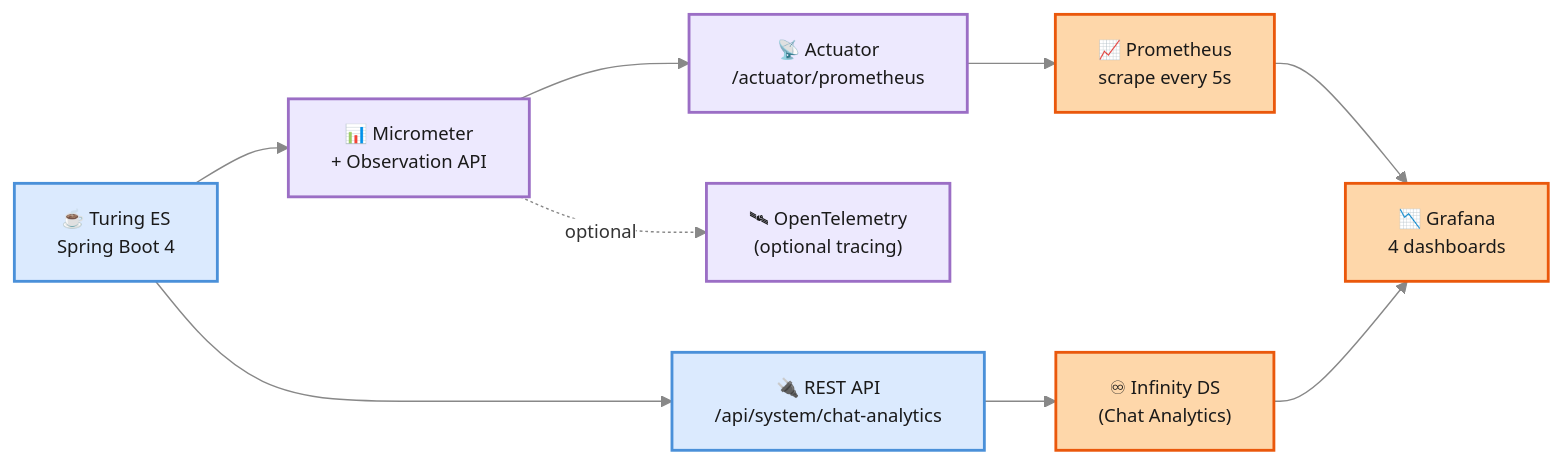
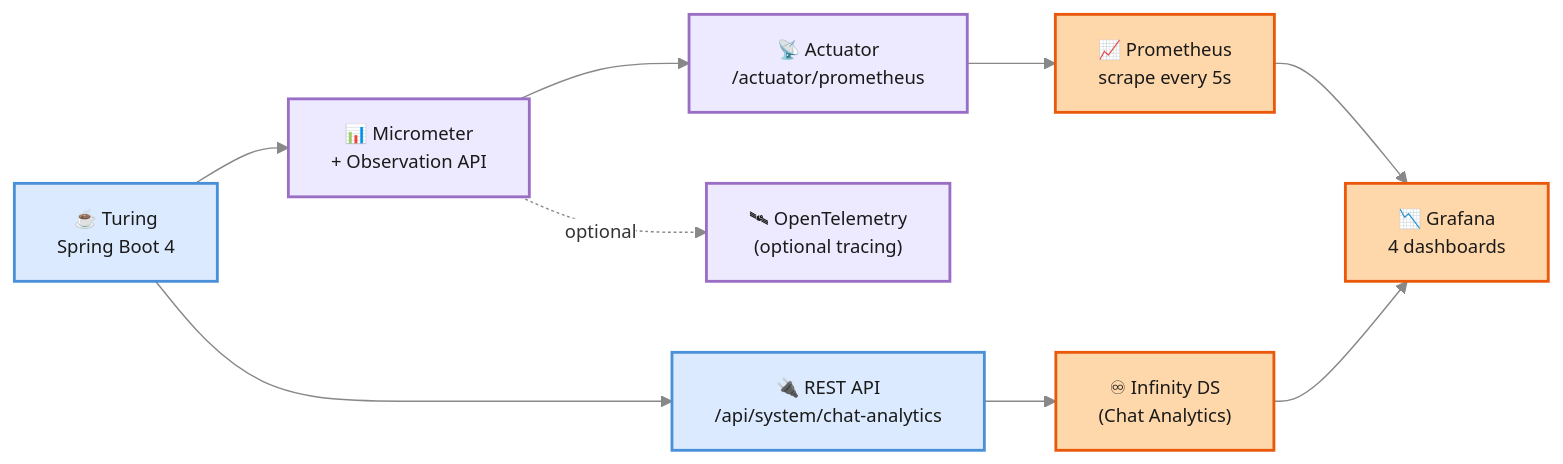
The diagram in docs-turing/observability.md (openviglet/docs), drawn with Mermaid before and after one commit. The commit also changed other lines of this file and 157 other files, not shown here.

````diff
--- a/docs-turing/observability.md
+++ b/docs-turing/observability.md
@@ -25,26 +25,26 @@
 ```mermaid
 %%{init: {'theme': 'base', 'themeVariables': {'fontSize': '13px', 'primaryColor': '#fff', 'primaryBorderColor': '#c0c0c0', 'lineColor': '#888', 'textColor': '#333'}}}%%
 graph LR
-    APP["☕ Turing ES<br/>Spring Boot 4"]
+    APP["☕ Turing<br/>Spring Boot 4"]
     ACT["📡 Actuator<br/>/actuator/prometheus"]
     MICR["📊 Micrometer<br/>+ Observation API"]
     PROM["📈 Prometheus<br/>scrape every 5s"]
     GRAF["📉 Grafana<br/>4 dashboards"]
     OTLP["🛰 OpenTelemetry<br/>(optional tracing)"]
     INF["♾ Infinity DS<br/>(Chat Analytics)"]
     API["🔌 REST API<br/>/api/system/chat-analytics"]
 
     APP --> MICR
     MICR --> ACT
     MICR -.optional.-> OTLP
     ACT --> PROM --> GRAF
     APP --> API --> INF --> GRAF
 
     classDef orange fill:#fed7aa,stroke:#EA580C,stroke-width:2px,color:#1a1a1a
     classDef blue fill:#dbeafe,stroke:#4A90D9,stroke-width:2px,color:#1a1a1a
     classDef purple fill:#ede9fe,stroke:#9B6EC5,stroke-width:2px,color:#1a1a1a
 
     class APP,API blue
     class MICR,ACT,OTLP purple
     class PROM,GRAF,INF orange
 ```
````
